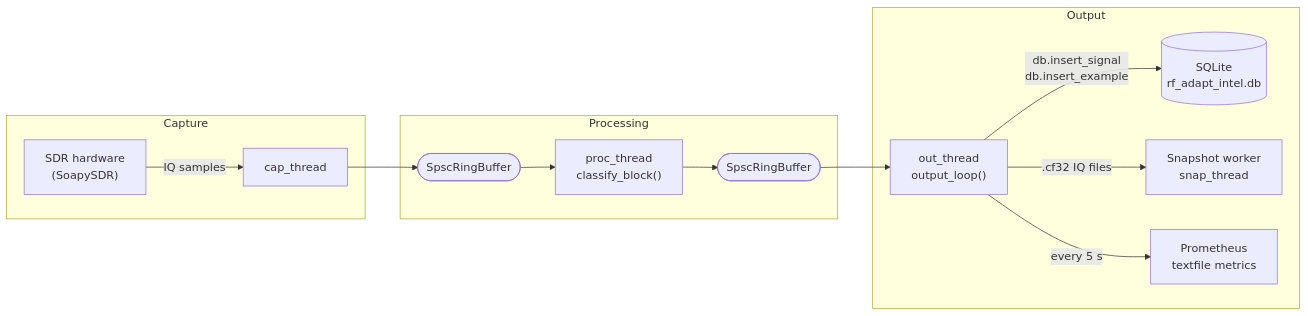
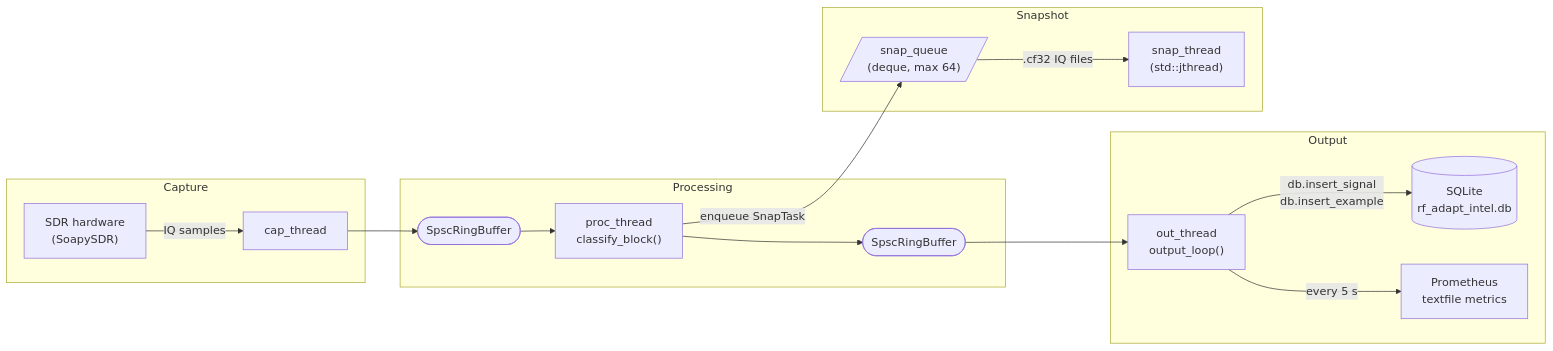
Before and after one commit to foxrouter/meek: the diagram in README.md, drawn with Mermaid. The commit also changed other lines of this file and 1 other file, not shown here.

Commit message:
docs: fix architecture diagram (proc→snap), fix release workflow bugs

````diff
--- a/README.md
+++ b/README.md
@@ -101,26 +101,32 @@
 ```mermaid
 flowchart LR
     subgraph Capture
         SDR["SDR hardware\n(SoapySDR)"]
         cap["cap_thread"]
         SDR -->|IQ samples| cap
     end
 
     subgraph Processing
         rb1(["SpscRingBuffer\n<SampleBlock, 64>"])
         proc["proc_thread\nclassify_block()"]
         rb2(["SpscRingBuffer\n<ClassificationResult, 64>"])
         cap --> rb1 --> proc --> rb2
     end
 
     subgraph Output
         out["out_thread\noutput_loop()"]
         db[("SQLite\nrf_adapt_intel.db")]
-        snap["Snapshot worker\nsnap_thread"]
         prom["Prometheus\ntextfile metrics"]
         rb2 --> out
         out -->|"db.insert_signal\ndb.insert_example"| db
-        out -->|".cf32 IQ files"| snap
         out -->|"every 5 s"| prom
     end
+
+    subgraph Snapshot
+        sq[/"snap_queue\n(deque, max 64)"/]
+        snap["snap_thread\n(std::jthread)"]
+        sq -->|".cf32 IQ files"| snap
+    end
+
+    proc -->|"enqueue SnapTask"| sq
 ```
````
